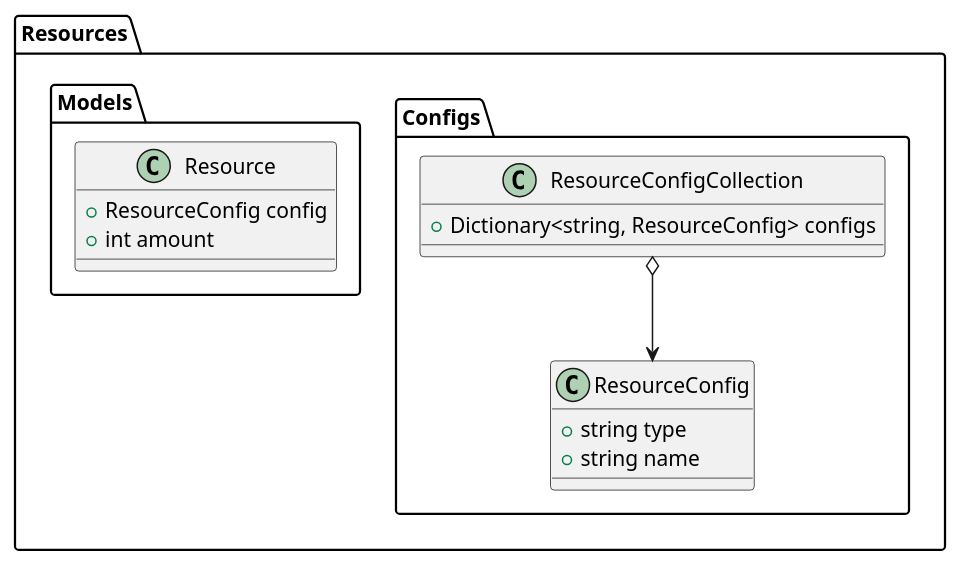
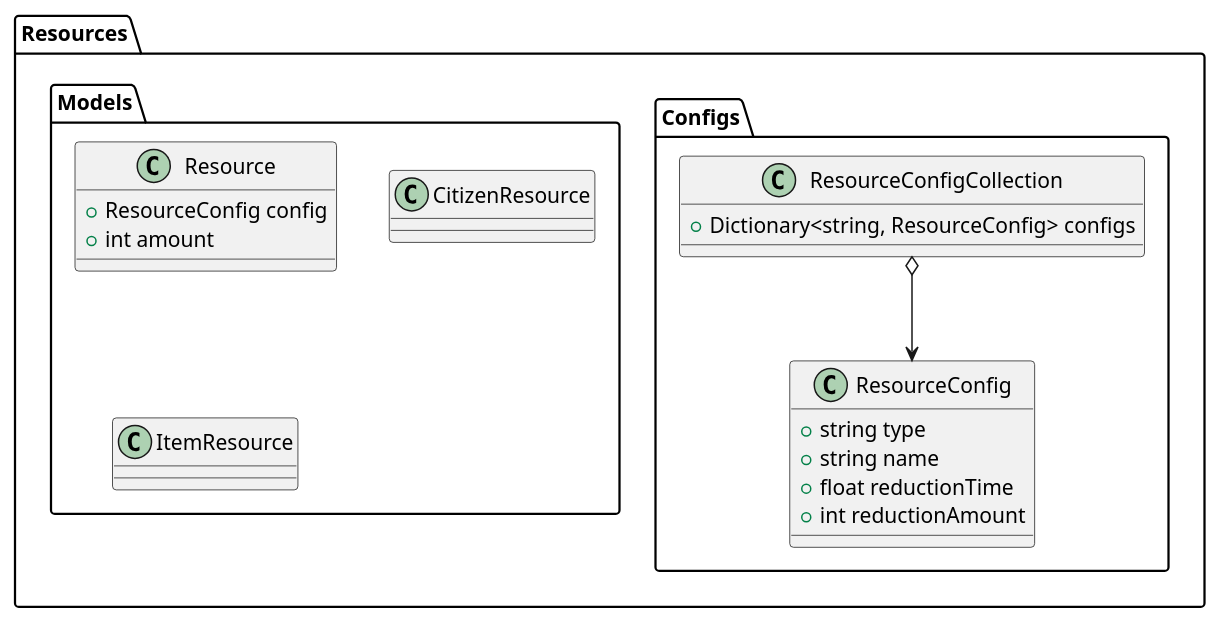
The diagram in Colony/Resources.puml (minusrep/Pivo-UML), drawn with PlantUML before and after one commit. The commit also changed 4 other files, not shown here.

```diff
--- a/Colony/Resources.puml
+++ b/Colony/Resources.puml
@@ -1,32 +1,40 @@
 @startuml
 
 package "Resources" 
 {
     package "Configs"
     {
         class ResourceConfigCollection
         {
             +Dictionary<string, ResourceConfig> configs
         }
             
         class ResourceConfig 
         {
             +string type
             +string name
+            +float reductionTime
+            +int reductionAmount
         }
-        
+
         ResourceConfigCollection o--> ResourceConfig 
     }
 
     package "Models"
     {
         class Resource
         {
             +ResourceConfig config
             +int amount
         }
+        
+        class CitizenResource {
+        
+        }
+        
+        class ItemResource {
+        }
     }
-
 }
 
 @enduml
```
